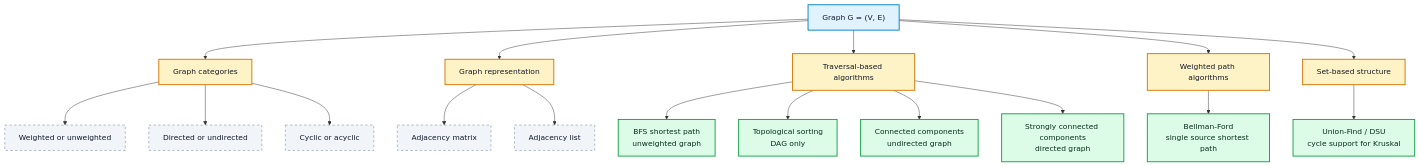
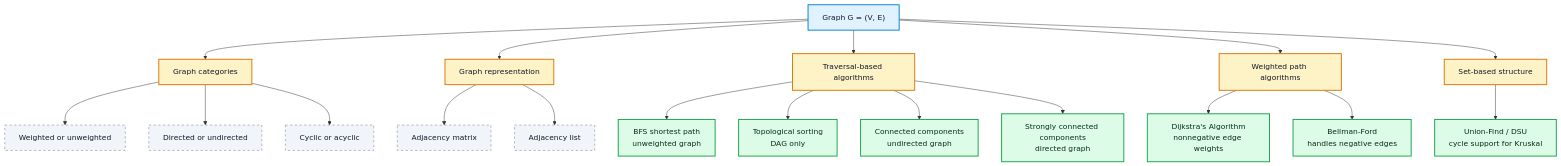
The first of 21 diagrams in Chapter 11 - Graph Algorithms/README.md (M-F-Tushar/CSE-2201-2202-Algorithm-Design-and-Analysis-Sessional), drawn with Mermaid before and after one commit. The commit also changed other lines of this file and 3 other files, not shown here.

````diff
--- a/Chapter 11 - Graph Algorithms/README.md
+++ b/Chapter 11 - Graph Algorithms/README.md
@@ -101,32 +106,33 @@
 ```mermaid
 flowchart TB
 	Graph["Graph G = (V, E)"] --> Types["Graph categories"]
 	Graph --> Store["Graph representation"]
 	Graph --> Traverse["Traversal-based algorithms"]
 	Graph --> Weighted["Weighted path algorithms"]
 	Graph --> Sets["Set-based structure"]
 
 	Types --> T1["Weighted or unweighted"]
 	Types --> T2["Directed or undirected"]
 	Types --> T3["Cyclic or acyclic"]
 
 	Store --> Matrix["Adjacency matrix"]
 	Store --> List["Adjacency list"]
 
 	Traverse --> BFS["BFS shortest path<br/>unweighted graph"]
 	Traverse --> Topo["Topological sorting<br/>DAG only"]
 	Traverse --> CC["Connected components<br/>undirected graph"]
 	Traverse --> SCC["Strongly connected components<br/>directed graph"]
 
-	Weighted --> BF["Bellman-Ford<br/>single source shortest path"]
+	Weighted --> Dijkstra["Dijkstra's Algorithm<br/>nonnegative edge weights"]
+	Weighted --> BF["Bellman-Ford<br/>handles negative edges"]
 	Sets --> DSU["Union-Find / DSU<br/>cycle support for Kruskal"]
 
 	classDef root fill:#e0f2fe,stroke:#0284c7,stroke-width:2px,color:#0f172a;
 	classDef group fill:#fef3c7,stroke:#d97706,stroke-width:2px,color:#111827;
 	classDef algo fill:#dcfce7,stroke:#16a34a,stroke-width:2px,color:#052e16;
 	classDef detail fill:#f1f5f9,stroke:#64748b,stroke-dasharray: 5 5,color:#0f172a;
 	class Graph root;
 	class Types,Store,Traverse,Weighted,Sets group;
-	class BFS,Topo,CC,SCC,BF,DSU algo;
+	class BFS,Topo,CC,SCC,Dijkstra,BF,DSU algo;
 	class T1,T2,T3,Matrix,List detail;
 ```
````
